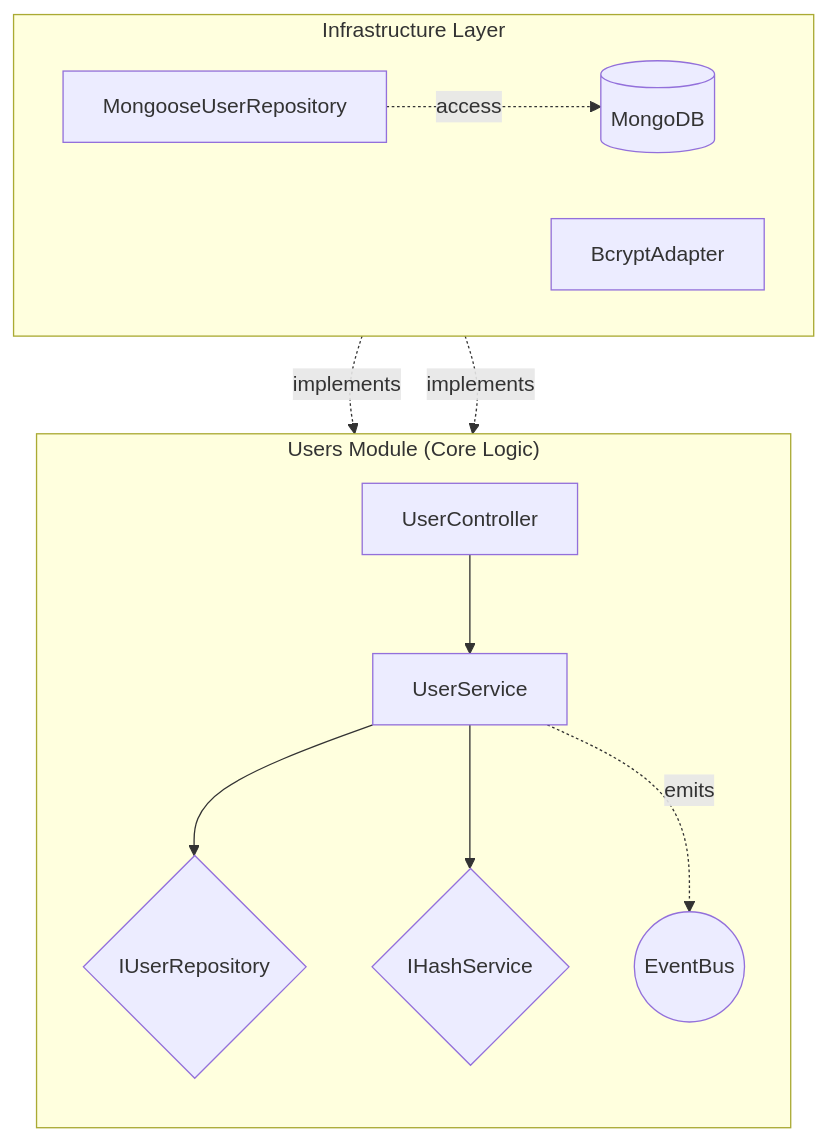
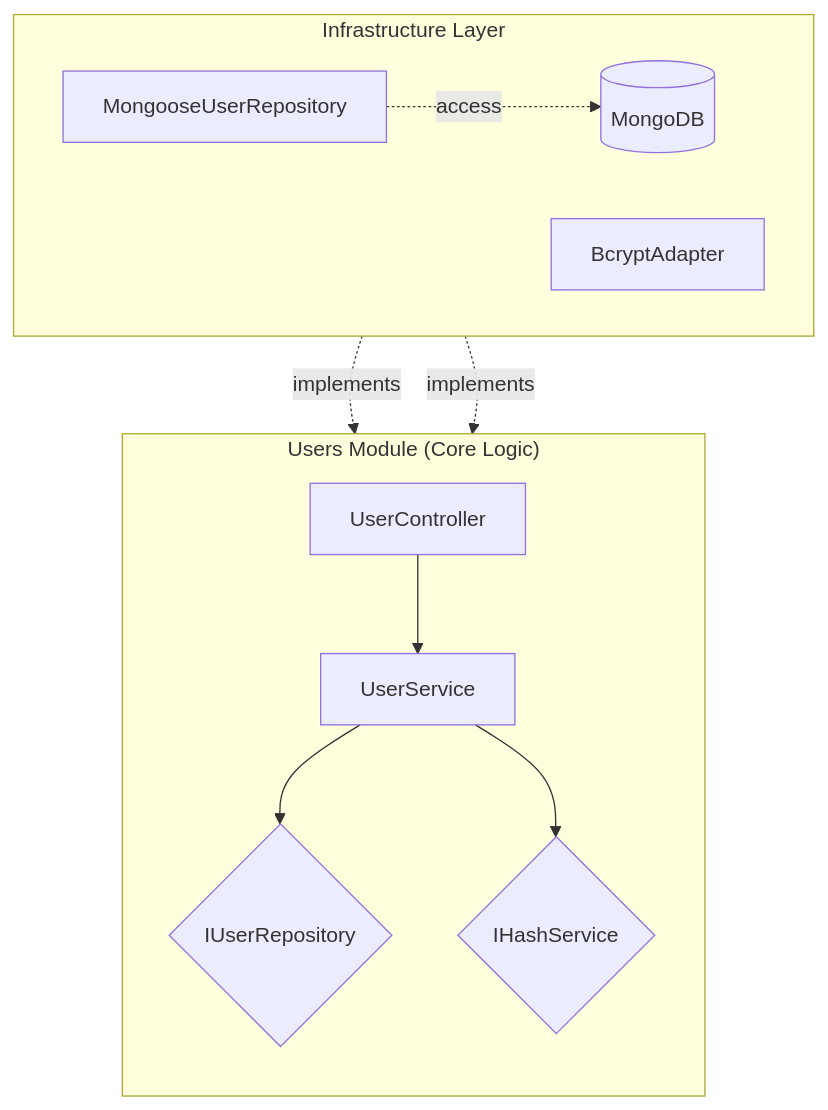
The first of 9 diagrams in server/src/modules/users/README.md (SangHynh/atomecom), drawn with Mermaid before and after one commit. The commit also changed other lines of this file and 83 other files, not shown here.

````diff
--- a/server/src/modules/users/README.md
+++ b/server/src/modules/users/README.md
@@ -32,31 +33,29 @@
 ```mermaid
 flowchart TD
     subgraph Core["Users Module (Core Logic)"]
         direction TB
         UC[UserController]
         US[UserService]
         UR{IUserRepository}
         IHS{IHashService}
-        EB((EventBus))
     end
 
     subgraph Infra["Infrastructure Layer"]
         direction LR
         MUR[MongooseUserRepository]
         BHA[BcryptAdapter]
         DB[(MongoDB)]
     end
 
     %% Main business flow
     UC --> US
     US --> UR
     US --> IHS
-    US -. "emits" .-> EB
 
     %% Dependency Inversion (Realization)
     MUR -. "implements" .-> UR
     BHA -. "implements" .-> IHS
 
     %% External Data Access
     MUR -. "access" .-> DB
 ```
````
